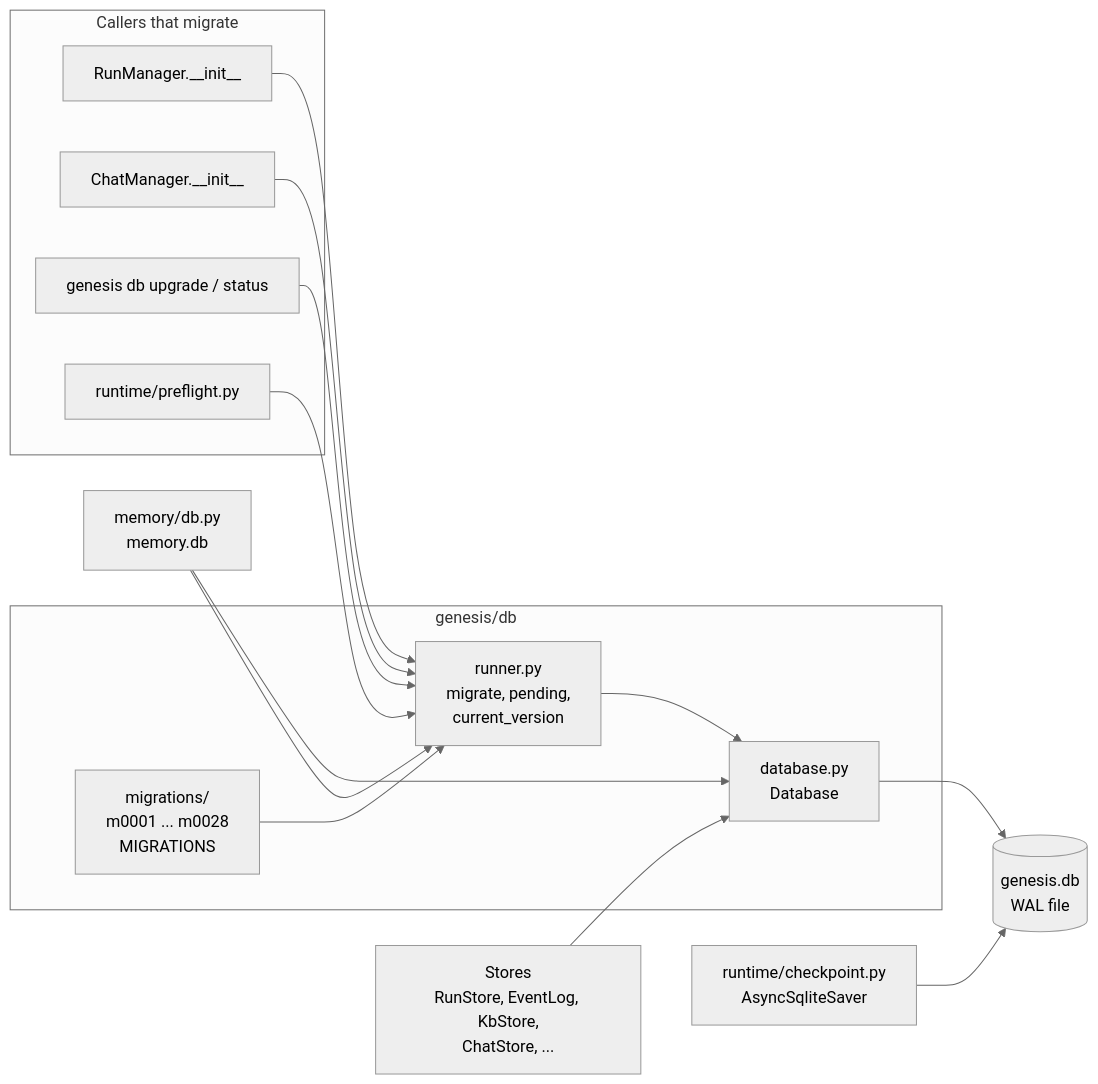
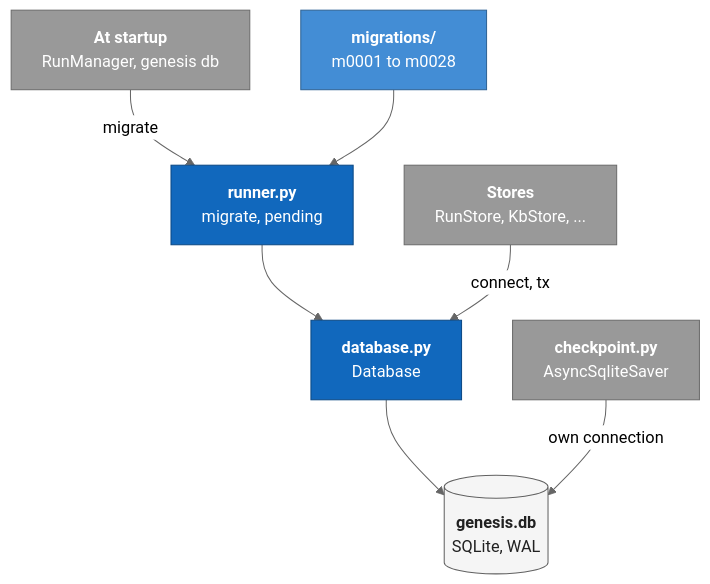
One commit to ram-020998/project-tracker changed the first of 2 diagrams in genesis/architecture/modules/data-and-migrations.md. Above: the diagram before and after it, drawn with Mermaid (neutral theme). The commit also changed other lines of this file and 24 other files, not shown here.

First line of the commit message:
architecture: rewrite all 86 Mermaid diagrams to one C4 style, each render-checked

````diff
--- a/genesis/architecture/modules/data-and-migrations.md
+++ b/genesis/architecture/modules/data-and-migrations.md
@@ -52,27 +52,24 @@
 ```mermaid
-flowchart LR
-    subgraph db["genesis/db"]
-        database["database.py<br/>Database"]
-        runner["runner.py<br/>migrate, pending,<br/>current_version"]
-        migs["migrations/<br/>m0001 ... m0028<br/>MIGRATIONS"]
-    end
-    subgraph callers["Callers that migrate"]
-        rm["RunManager.__init__"]
-        cm["ChatManager.__init__"]
-        cli["genesis db upgrade / status"]
-        pf["runtime/preflight.py"]
-    end
-    stores["Stores<br/>RunStore, EventLog, KbStore,<br/>ChatStore, ..."]
-    ckpt["runtime/checkpoint.py<br/>AsyncSqliteSaver"]
-    file[("genesis.db<br/>WAL file")]
-    mem["memory/db.py<br/>memory.db"]
+flowchart TB
+    callers["<b>At startup</b><br/>RunManager, genesis db"]:::ext
+    stores["<b>Stores</b><br/>RunStore, KbStore, ..."]:::ext
+    ckpt["<b>checkpoint.py</b><br/>AsyncSqliteSaver"]:::ext
+
+    runner["<b>runner.py</b><br/>migrate, pending"]:::core
+    migs["<b>migrations/</b><br/>m0001 to m0028"]:::comp
+    database["<b>database.py</b><br/>Database"]:::core
+
+    db[("<b>genesis.db</b><br/>SQLite, WAL")]:::data
+
+    callers -- "migrate" --> runner
     migs --> runner
-    rm & cm & cli --> runner
-    pf --> runner
     runner --> database
-    stores --> database
-    database --> file
-    ckpt --> file
-    mem --> database
-    mem --> runner
+    stores -- "connect, tx" --> database
+    database --> db
+    ckpt -- "own connection" --> db
+
+    classDef core fill:#1168bd,stroke:#0b4884,color:#ffffff
+    classDef comp fill:#438dd5,stroke:#2e6295,color:#ffffff
+    classDef ext fill:#999999,stroke:#6b6b6b,color:#ffffff
+    classDef data fill:#f5f5f5,stroke:#616161,color:#212121
 ```
````
